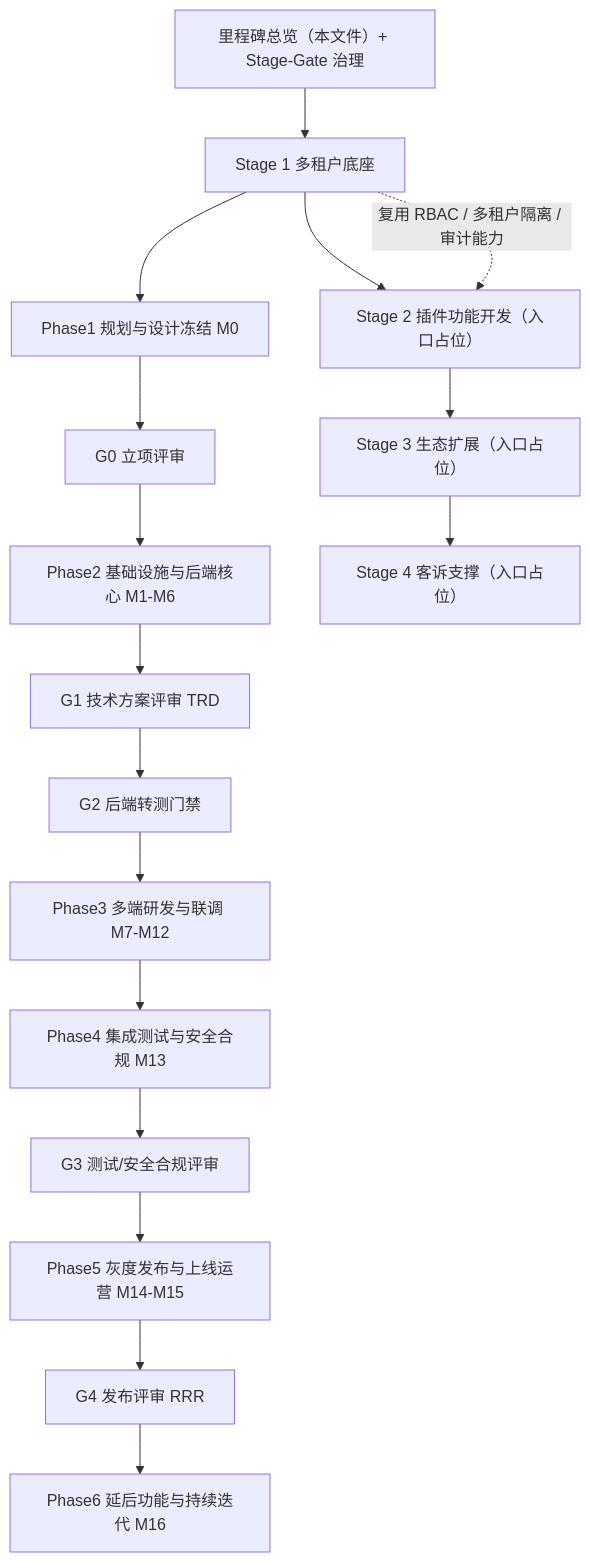
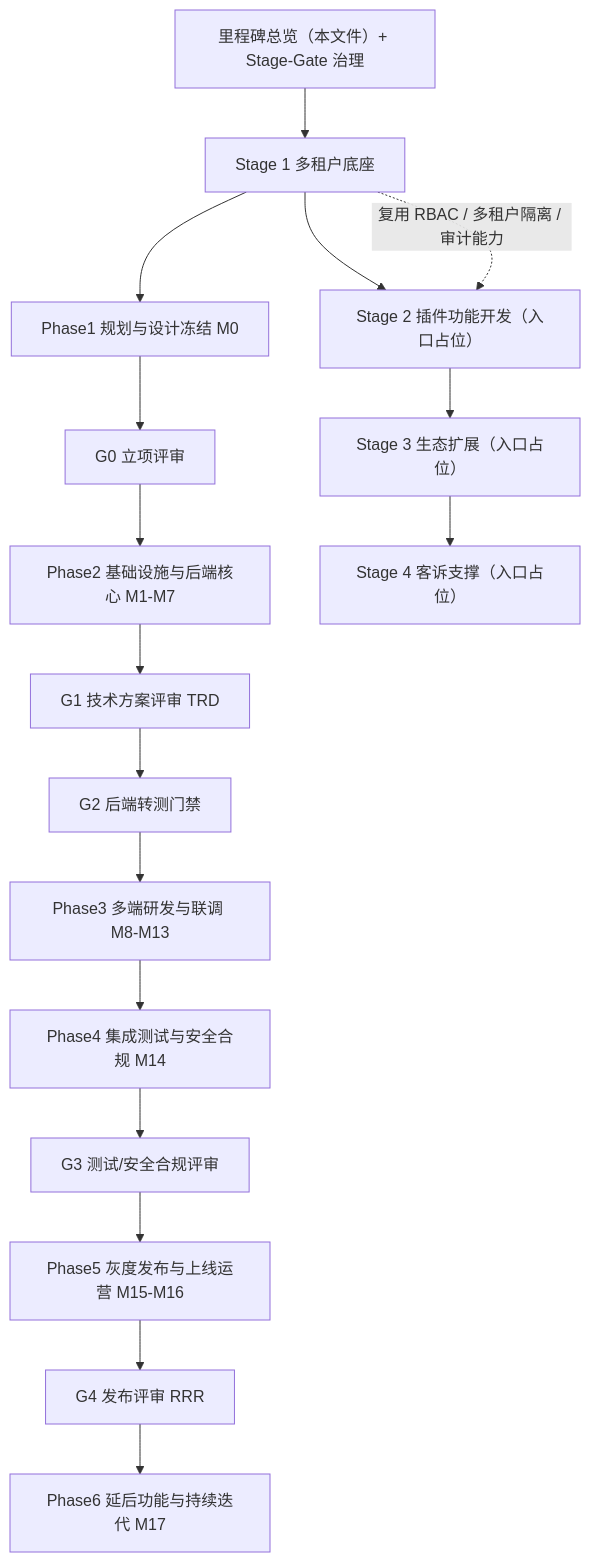
Before and after one commit to huangsf89757/XYFamily: the diagram in wiki/01-项目总览/03-里程碑/里程碑.md, drawn with Mermaid. The commit also changed other lines of this file and 33 other files, not shown here.

````diff
--- a/wiki/01-项目总览/03-里程碑/里程碑.md
+++ b/wiki/01-项目总览/03-里程碑/里程碑.md
@@ -109,23 +96,23 @@
 ```mermaid
 flowchart TD
     TOP["里程碑总览（本文件）+ Stage-Gate 治理"]
     S1["Stage 1 多租户底座"]
     G0["G0 立项评审"]
     G1["G1 技术方案评审 TRD"]
     G2["G2 后端转测门禁"]
     G3["G3 测试/安全合规评审"]
     G4["G4 发布评审 RRR"]
     P1["Phase1 规划与设计冻结 M0"]
-    P2["Phase2 基础设施与后端核心 M1-M6"]
-    P3["Phase3 多端研发与联调 M7-M12"]
-    P4["Phase4 集成测试与安全合规 M13"]
-    P5["Phase5 灰度发布与上线运营 M14-M15"]
-    P6["Phase6 延后功能与持续迭代 M16"]
+    P2["Phase2 基础设施与后端核心 M1-M7"]
+    P3["Phase3 多端研发与联调 M8-M13"]
+    P4["Phase4 集成测试与安全合规 M14"]
+    P5["Phase5 灰度发布与上线运营 M15-M16"]
+    P6["Phase6 延后功能与持续迭代 M17"]
     S2["Stage 2 插件功能开发（入口占位）"]
     S3["Stage 3 生态扩展（入口占位）"]
     S4["Stage 4 客诉支撑（入口占位）"]
 
     TOP --> S1 --> S2 --> S3 --> S4
     S1 --> P1 --> G0 --> P2 --> G1 --> G2 --> P3 --> P4 --> G3 --> P5 --> G4 --> P6
     S1 -. "复用 RBAC / 多租户隔离 / 审计能力" .-> S2
 ```
````
